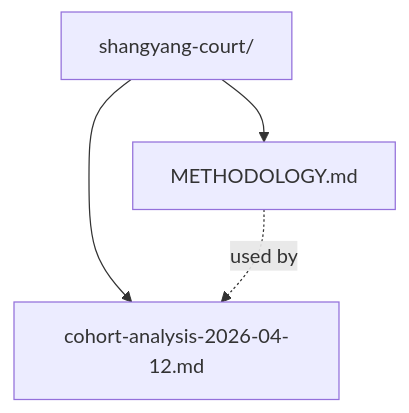
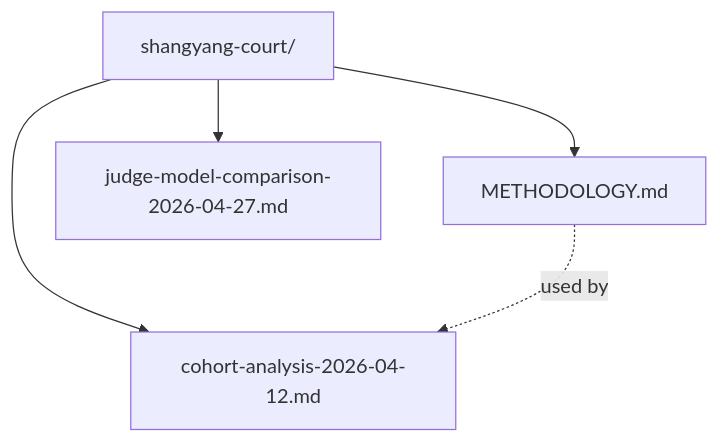
Before and after one commit to paideia-ai/axiia-cup: the diagram in docs/analysis/shangyang-court/index.md, drawn with Mermaid. The commit also changed other lines of this file and 1 other file, not shown here.

Commit message:
docs: judge model comparison experiment (DeepSeek vs Kimi, T8 top-5)
75% agreement (6/8), 2 flips in contested matches. First controlled
test of judge model variance in the shangyang-court scenario.

````diff
--- a/docs/analysis/shangyang-court/index.md
+++ b/docs/analysis/shangyang-court/index.md
@@ -14,7 +15,8 @@
 ```mermaid
 graph TD
     root["shangyang-court/"]
     root --> meth["METHODOLOGY.md"]
     root --> report["cohort-analysis-2026-04-12.md"]
     meth -.used by.-> report
+    root --> judge["judge-model-comparison-2026-04-27.md"]
 ```
````
